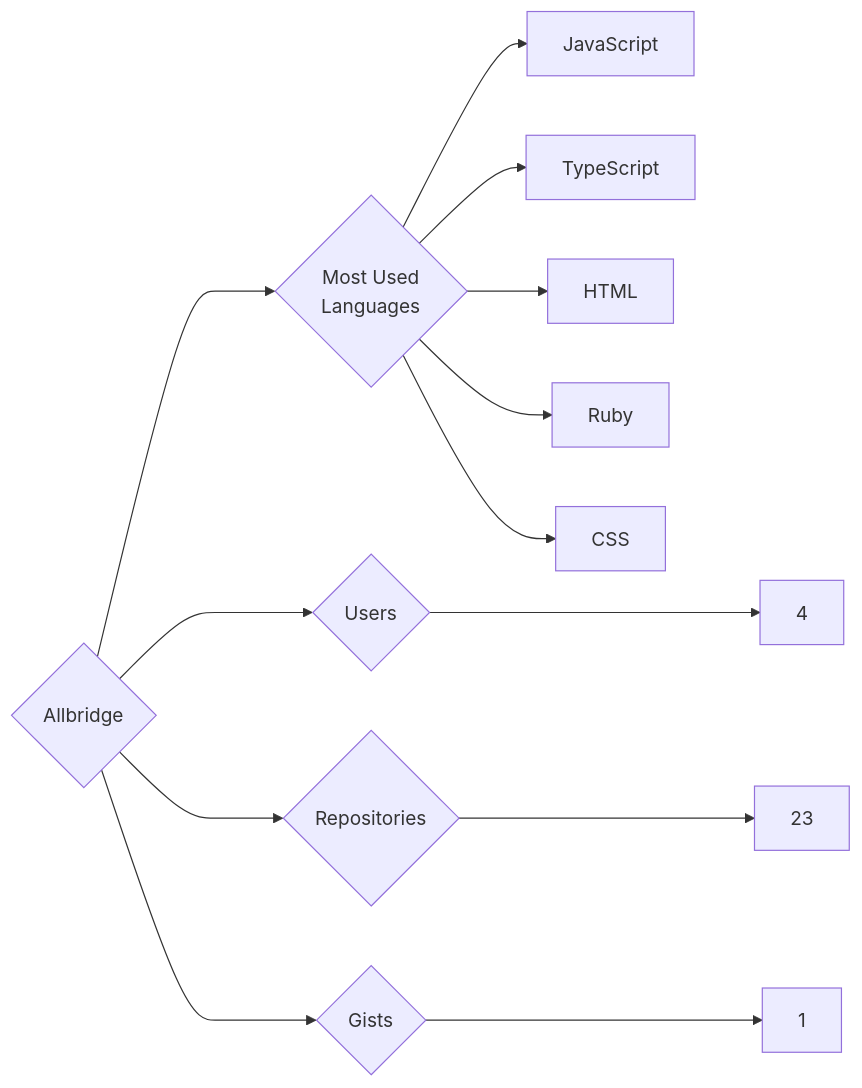
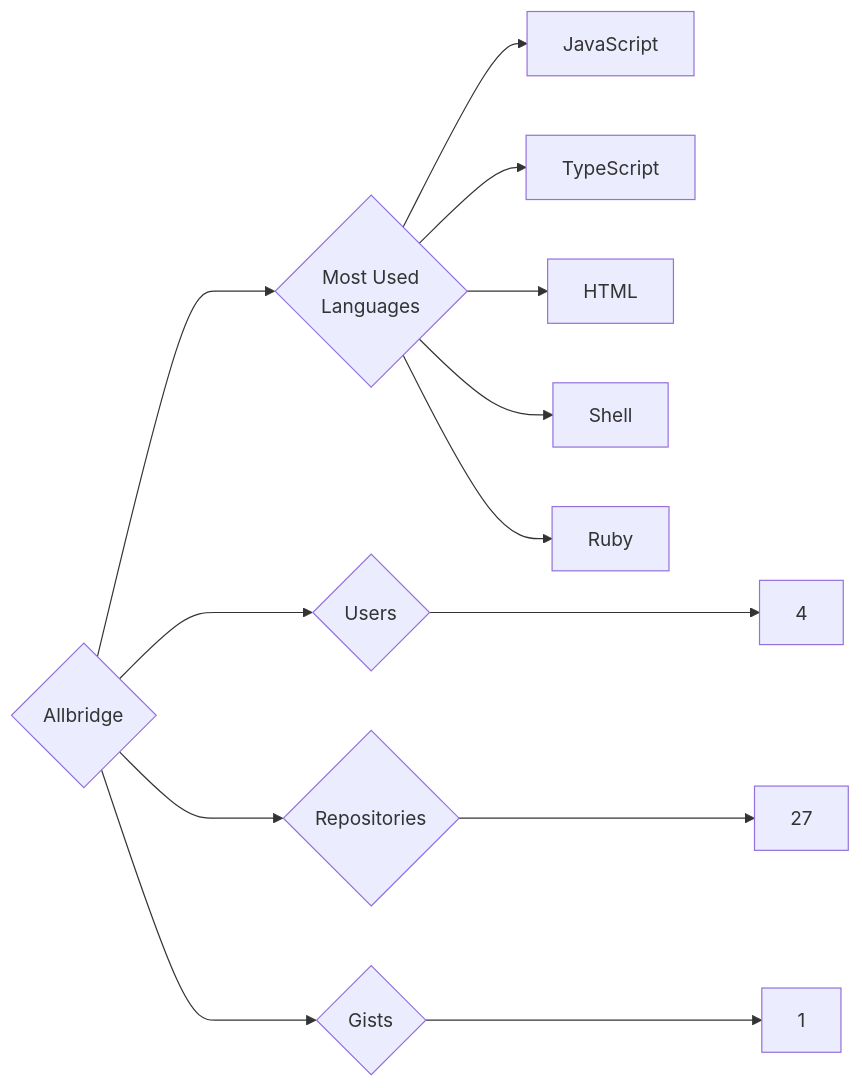
One commit to trickest/insiders changed the diagram in targets/Allbridge/README.md. Above: the diagram before and after it, drawn with Mermaid. The commit also changed 942 other files, not shown here.

````diff
--- a/targets/Allbridge/README.md
+++ b/targets/Allbridge/README.md
@@ -3,13 +3,13 @@
 ```mermaid
 graph LR
 COMPANY_NAME{Allbridge}
 COMPANY_NAME ---> U{Users} ---> UN[4]
-COMPANY_NAME ---> R{Repositories} ---> RN[23]
+COMPANY_NAME ---> R{Repositories} ---> RN[27]
 COMPANY_NAME ---> G{Gists} ---> GN[1]
 COMPANY_NAME ---> ML{Most Used<br>Languages}
 ML --> JavaScript[JavaScript]
 ML --> TypeScript[TypeScript]
 ML --> HTML[HTML]
+ML --> Shell[Shell]
 ML --> Ruby[Ruby]
-ML --> CSS[CSS]
 ```
````
